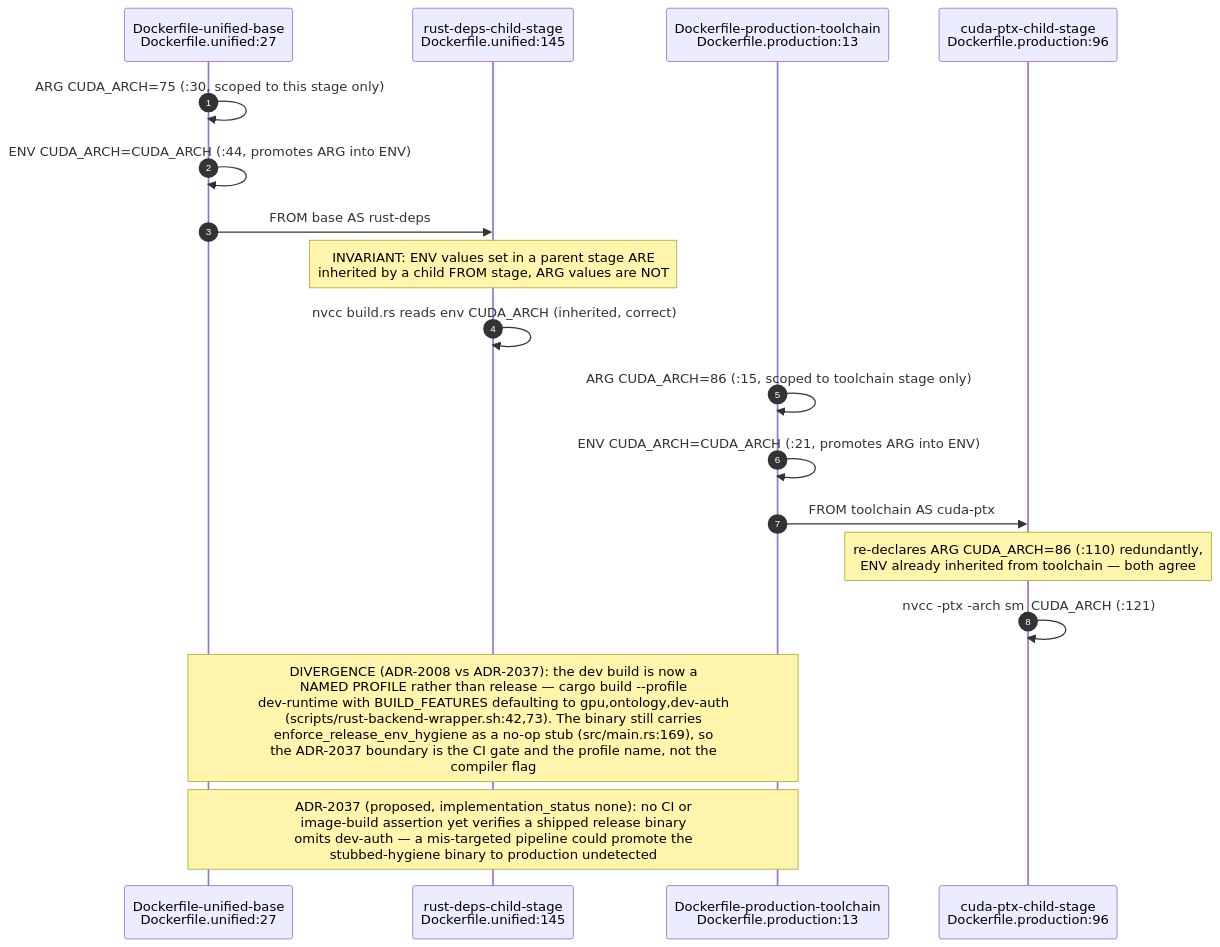
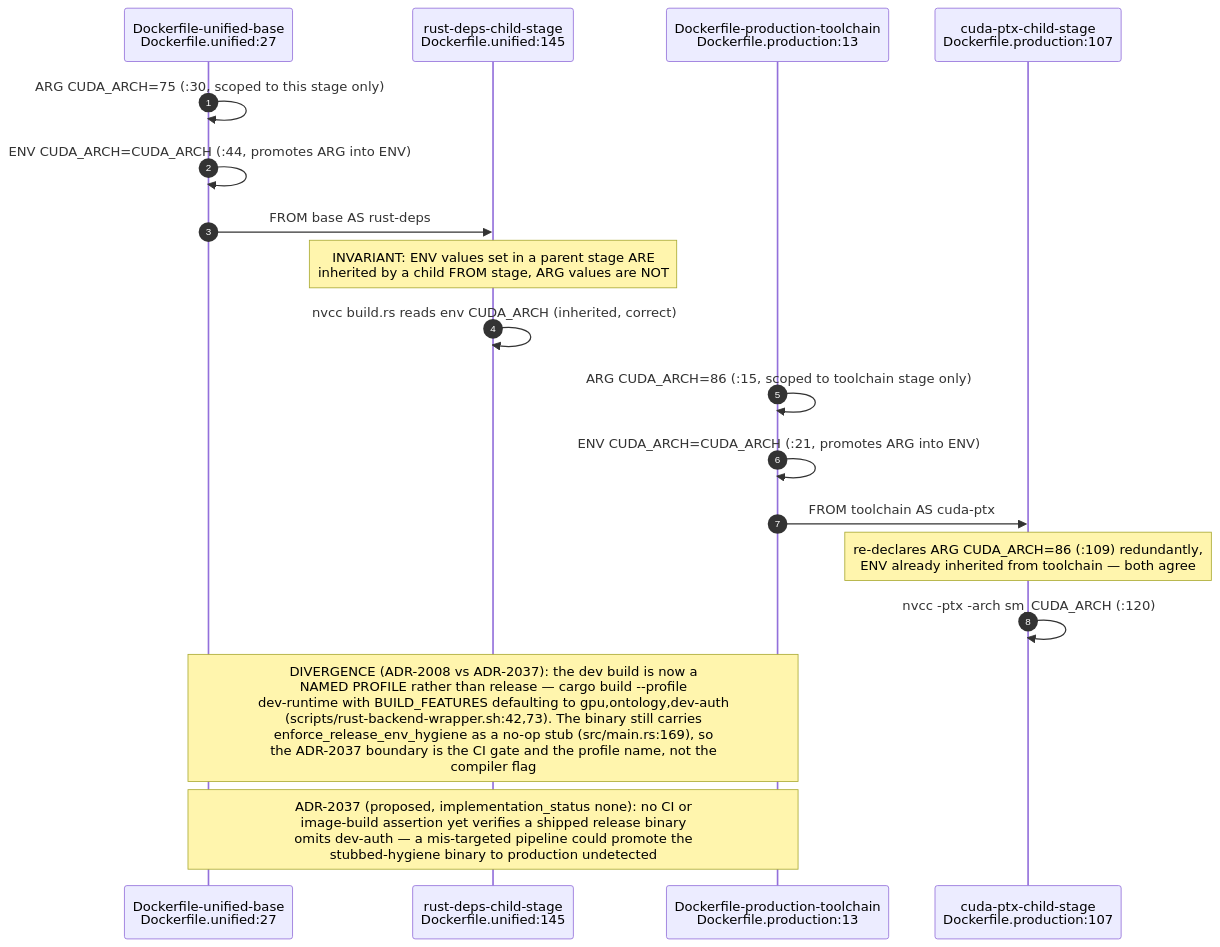
One commit to DreamLab-AI/VisionFlow changed the fifth of 23 diagrams in docs/diagrams/estate/09-build-deploy-and-ci-estate.md. Above: the diagram before and after it, drawn with Mermaid. The commit also changed other lines of this file and 136 other files, not shown here.

First line of the commit message:
docs(diagrams): refresh the whole corpus to code HEAD and prune low-value diagrams

````diff
--- a/docs/diagrams/estate/09-build-deploy-and-ci-estate.md
+++ b/docs/diagrams/estate/09-build-deploy-and-ci-estate.md
@@ -193,23 +188,23 @@
 ```mermaid
 sequenceDiagram
     autonumber
     participant U as Dockerfile-unified-base<br/>Dockerfile.unified:27
     participant C1 as rust-deps-child-stage<br/>Dockerfile.unified:145
     participant P as Dockerfile-production-toolchain<br/>Dockerfile.production:13
-    participant C2 as cuda-ptx-child-stage<br/>Dockerfile.production:96
+    participant C2 as cuda-ptx-child-stage<br/>Dockerfile.production:107
 
     U->>U: ARG CUDA_ARCH=75 (:30, scoped to this stage only)
     U->>U: ENV CUDA_ARCH=CUDA_ARCH (:44, promotes ARG into ENV)
     U->>C1: FROM base AS rust-deps
     Note over C1: INVARIANT: ENV values set in a parent stage ARE<br/>inherited by a child FROM stage, ARG values are NOT
     C1->>C1: nvcc build.rs reads env CUDA_ARCH (inherited, correct)
 
     P->>P: ARG CUDA_ARCH=86 (:15, scoped to toolchain stage only)
     P->>P: ENV CUDA_ARCH=CUDA_ARCH (:21, promotes ARG into ENV)
     P->>C2: FROM toolchain AS cuda-ptx
-    Note over C2: re-declares ARG CUDA_ARCH=86 (:110) redundantly,<br/>ENV already inherited from toolchain — both agree
-    C2->>C2: nvcc -ptx -arch sm_CUDA_ARCH (:121)
+    Note over C2: re-declares ARG CUDA_ARCH=86 (:109) redundantly,<br/>ENV already inherited from toolchain — both agree
+    C2->>C2: nvcc -ptx -arch sm_CUDA_ARCH (:120)
 
     Note over U,P: DIVERGENCE (ADR-2008 vs ADR-2037): the dev build is now a<br/>NAMED PROFILE rather than release — cargo build --profile<br/>dev-runtime with BUILD_FEATURES defaulting to gpu,ontology,dev-auth<br/>(scripts/rust-backend-wrapper.sh:42,73). The binary still carries<br/>enforce_release_env_hygiene as a no-op stub (src/main.rs:169), so<br/>the ADR-2037 boundary is the CI gate and the profile name, not the<br/>compiler flag
     Note over U,P: ADR-2037 (proposed, implementation_status none): no CI or<br/>image-build assertion yet verifies a shipped release binary<br/>omits dev-auth — a mis-targeted pipeline could promote the<br/>stubbed-hygiene binary to production undetected
 ```
````
